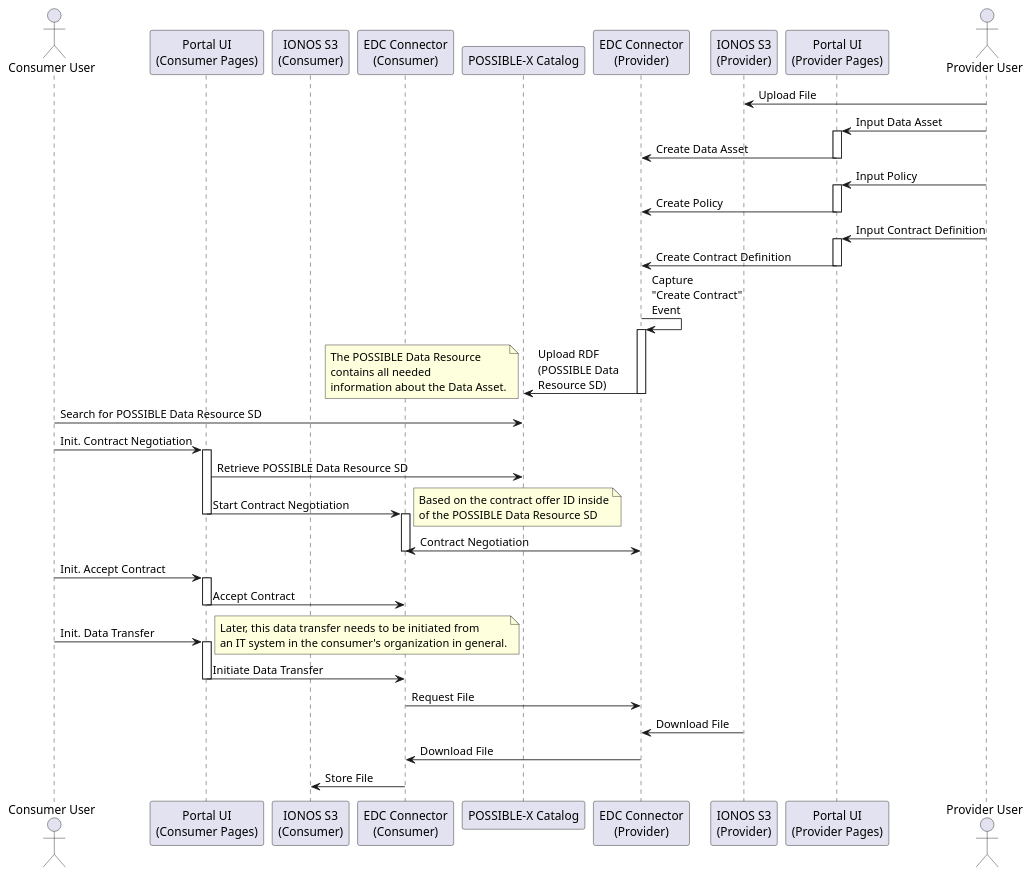
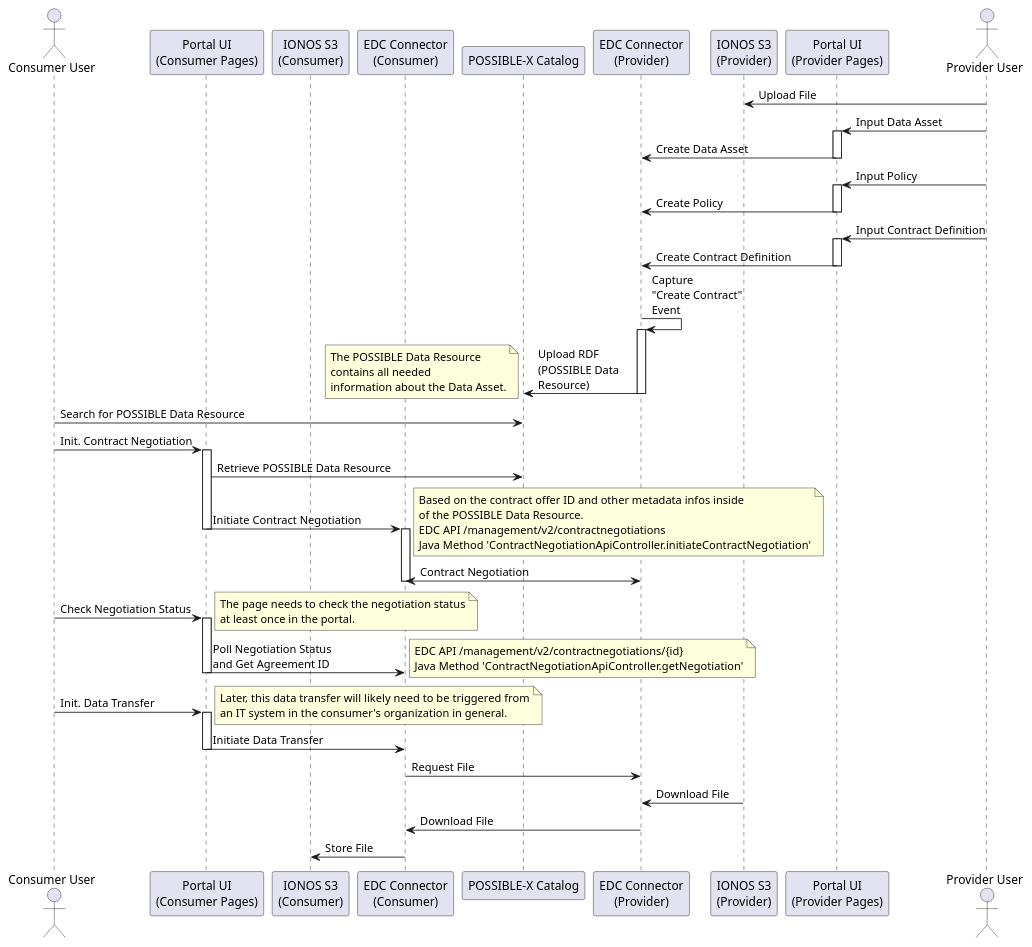
One commit to POSSIBLE-X/documentation changed the diagram in material/architecture/sequences/edc-possible-x-catalog-integration-02.puml. Above: the diagram before and after it, drawn with PlantUML.

Commit message:
update sequence diagram puml

```diff
--- a/material/architecture/sequences/edc-possible-x-catalog-integration-02.puml
+++ b/material/architecture/sequences/edc-possible-x-catalog-integration-02.puml
@@ -1,71 +1,73 @@
 @startuml edc-possible-x-catalog-integration-02
 
 actor "Consumer User" as Consumer_User
 
 participant "Portal UI\n(Consumer Pages)" as Portal_UI_Consumer
 participant "IONOS S3\n(Consumer)" as ConsumerIONOSS3
 participant "EDC Connector\n(Consumer)" as ConsumerEDC
 
 participant "POSSIBLE-X Catalog" as PossibleXCatalog
 
 participant "EDC Connector\n(Provider)" as ProviderEDC
 participant "IONOS S3\n(Provider)" as ProviderIONOSS3
 participant "Portal UI\n(Provider Pages)" as Portal_UI_Provider
 
 actor "Provider User" as Provider_User
 
 
 Provider_User -> ProviderIONOSS3 : Upload File
 
 Provider_User -> Portal_UI_Provider : Input Data Asset
 activate Portal_UI_Provider
 Portal_UI_Provider -> ProviderEDC : Create Data Asset
 deactivate Portal_UI_Provider
 
 Provider_User -> Portal_UI_Provider : Input Policy
 activate Portal_UI_Provider
 Portal_UI_Provider -> ProviderEDC : Create Policy
 deactivate Portal_UI_Provider
 
 Provider_User -> Portal_UI_Provider : Input Contract Definition
 activate Portal_UI_Provider
 Portal_UI_Provider -> ProviderEDC : Create Contract Definition
 deactivate Portal_UI_Provider
 
 
 ProviderEDC -> ProviderEDC : Capture \n"Create Contract"\nEvent
 activate ProviderEDC
-ProviderEDC -> PossibleXCatalog : Upload RDF \n(POSSIBLE Data\nResource SD)
+ProviderEDC -> PossibleXCatalog : Upload RDF \n(POSSIBLE Data\nResource)
 note left: The POSSIBLE Data Resource\ncontains all needed\ninformation about the Data Asset.
 deactivate ProviderEDC
 
 
-Consumer_User -> PossibleXCatalog : Search for POSSIBLE Data Resource SD
+Consumer_User -> PossibleXCatalog : Search for POSSIBLE Data Resource
 
 Consumer_User -> Portal_UI_Consumer : Init. Contract Negotiation
 activate Portal_UI_Consumer
-Portal_UI_Consumer -> PossibleXCatalog : Retrieve POSSIBLE Data Resource SD
-Portal_UI_Consumer -> ConsumerEDC : Start Contract Negotiation
-note right: Based on the contract offer ID inside\nof the POSSIBLE Data Resource SD
+Portal_UI_Consumer -> PossibleXCatalog : Retrieve POSSIBLE Data Resource
+Portal_UI_Consumer -> ConsumerEDC : Initiate Contract Negotiation
+note right: Based on the contract offer ID and other metadata infos inside\nof the POSSIBLE Data Resource.\nEDC API /management/v2/contractnegotiations\nJava Method 'ContractNegotiationApiController.initiateContractNegotiation'
 deactivate Portal_UI_Consumer
 activate ConsumerEDC 
 ConsumerEDC <-> ProviderEDC : Contract Negotiation
 deactivate ConsumerEDC
 
-Consumer_User -> Portal_UI_Consumer : Init. Accept Contract
+Consumer_User -> Portal_UI_Consumer : Check Negotiation Status
+note right: The page needs to check the negotiation status\nat least once in the portal.
 activate Portal_UI_Consumer
-Portal_UI_Consumer -> ConsumerEDC : Accept Contract
+Portal_UI_Consumer -> ConsumerEDC : Poll Negotiation Status\nand Get Agreement ID
+note right: EDC API /management/v2/contractnegotiations/{id}\nJava Method 'ContractNegotiationApiController.getNegotiation'
 deactivate Portal_UI_Consumer
 
 Consumer_User -> Portal_UI_Consumer : Init. Data Transfer
-note right: Later, this data transfer needs to be initiated from\nan IT system in the consumer's organization in general.
+note right: Later, this data transfer will likely need to be triggered from\nan IT system in the consumer's organization in general.
 activate Portal_UI_Consumer
 Portal_UI_Consumer -> ConsumerEDC : Initiate Data Transfer
 deactivate Portal_UI_Consumer
 ConsumerEDC -> ProviderEDC : Request File
 ProviderIONOSS3 -> ProviderEDC : Download File
 ProviderEDC -> ConsumerEDC : Download File
 ConsumerEDC -> ConsumerIONOSS3 : Store File
 
 
 @enduml
```
